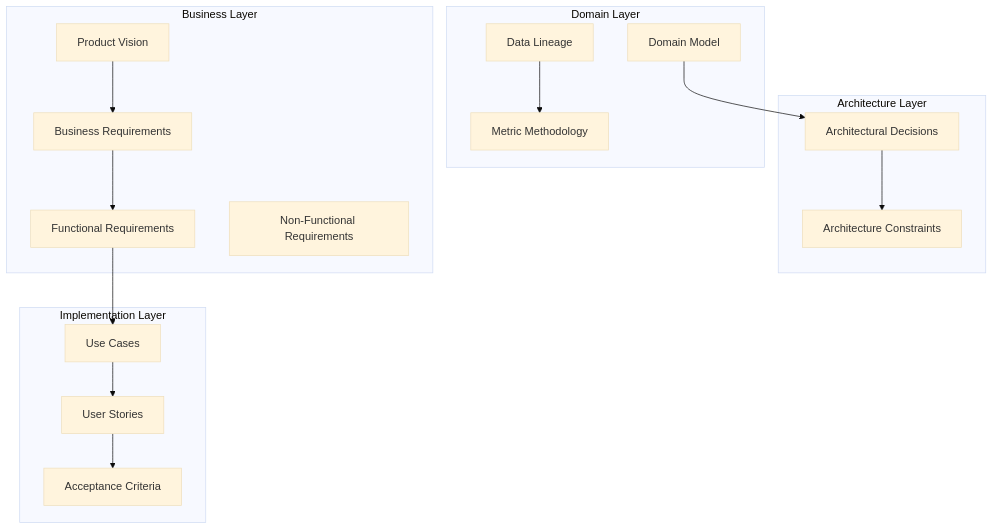
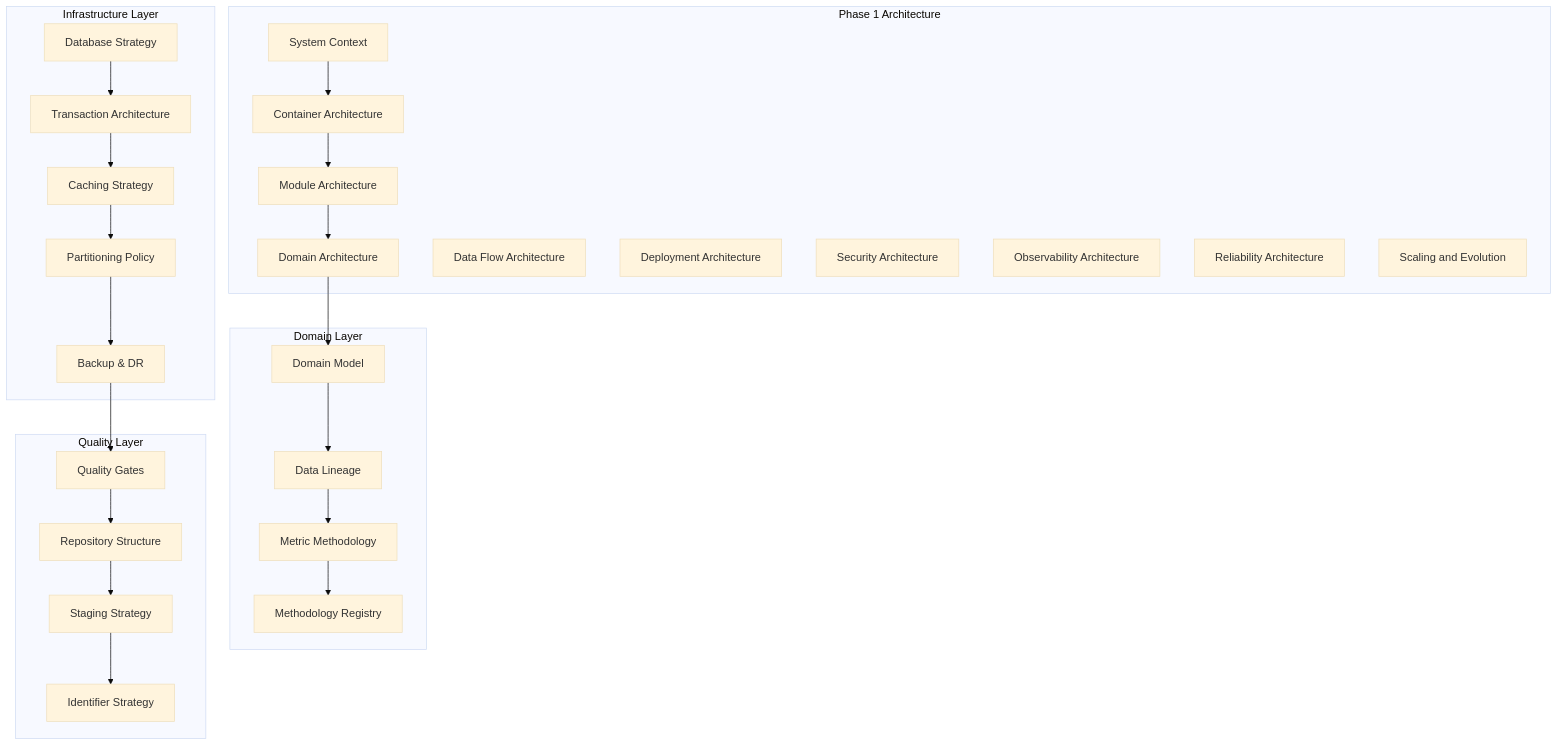
One commit to od3n/forecastiq changed the first of 16 diagrams in .qoder/repowiki/en/content/System Architecture & Domain Model.md. Above: the diagram before and after it, drawn with Mermaid (base theme). The commit also changed other lines of this file and 3 other files, not shown here.

````diff
--- a/.qoder/repowiki/en/content/System Architecture & Domain Model.md
+++ b/.qoder/repowiki/en/content/System Architecture & Domain Model.md
@@ -70,31 +112,49 @@
 ```mermaid
 graph TB
+subgraph "Phase 1 Architecture"
+SC["System Context"]
+CA["Container Architecture"]
+MA["Module Architecture"]
+DA["Domain Architecture"]
+DF["Data Flow Architecture"]
+DP["Deployment Architecture"]
+SA["Security Architecture"]
+OA["Observability Architecture"]
+RA["Reliability Architecture"]
+SE["Scaling and Evolution"]
+end
 subgraph "Domain Layer"
 DM["Domain Model"]
 DL["Data Lineage"]
 MM["Metric Methodology"]
+MR["Methodology Registry"]
 end
-subgraph "Architecture Layer"
-ADR["Architectural Decisions"]
-AC["Architecture Constraints"]
+subgraph "Infrastructure Layer"
+DB["Database Strategy"]
+CS["Caching Strategy"]
+TR["Transaction Architecture"]
+PT["Partitioning Policy"]
+BR["Backup & DR"]
 end
-subgraph "Business Layer"
-PV["Product Vision"]
-BR["Business Requirements"]
-FR["Functional Requirements"]
-NFR["Non-Functional Requirements"]
+subgraph "Quality Layer"
+QG["Quality Gates"]
+RS["Repository Structure"]
+ST["Staging Strategy"]
+IS["Identifier Strategy"]
 end
-subgraph "Implementation Layer"
-UC["Use Cases"]
-US["User Stories"]
-ACR["Acceptance Criteria"]
-end
-DM --> ADR
+SC --> CA
+CA --> MA
+MA --> DA
+DA --> DM
+DM --> DL
 DL --> MM
-ADR --> AC
-PV --> BR
-BR --> FR
-FR --> UC
-UC --> US
-US --> ACR
+MM --> MR
+DB --> TR
+TR --> CS
+CS --> PT
+PT --> BR
+BR --> QG
+QG --> RS
+RS --> ST
+ST --> IS
 ```
````
